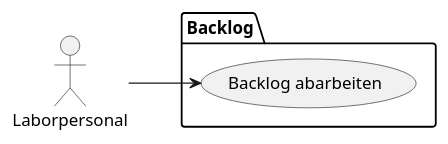
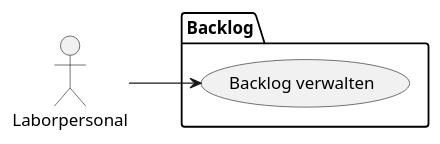
Before and after one commit to helenlaible/ss23-kba-project: diagram 11 of 12 in docs/2_planning/1_business_use_cases.md, drawn with PlantUML. The commit also changed other lines of this file, not shown here.

````diff
--- a/docs/2_planning/1_business_use_cases.md
+++ b/docs/2_planning/1_business_use_cases.md
@@ -245,11 +277,11 @@
 ```plantuml BUC Backlog
 @startuml
 left to right direction
 actor Laborpersonal as lb
 package Backlog {
-  usecase "Backlog abarbeiten" as UC1
+  usecase "Backlog verwalten" as UC1
 }
 
 lb --> UC1
 @enduml
 ```
````
